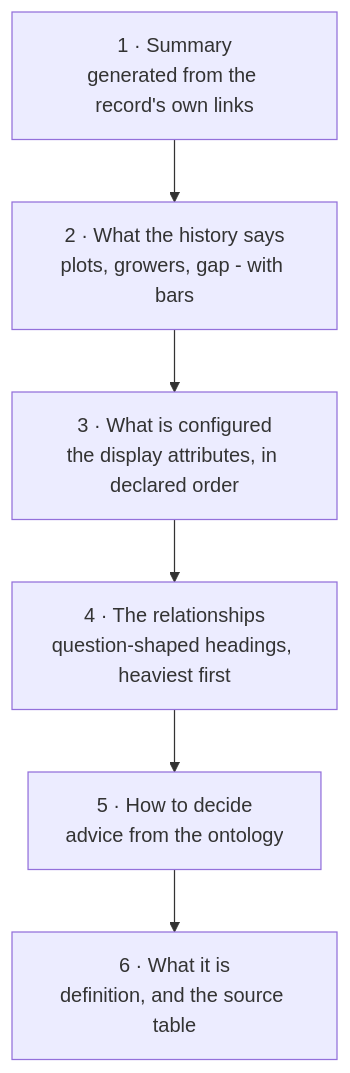
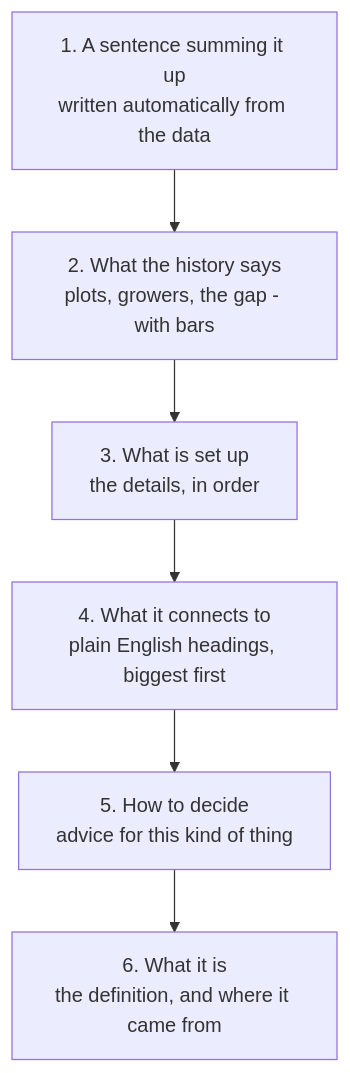
The ninth of 10 diagrams in docs/HOW-IT-WORKS.md (Prakhar-30/cropin-knowledge-graph), drawn with Mermaid before and after one commit. The commit also changed other lines of this file and 21 other files, not shown here.

````diff
--- a/docs/HOW-IT-WORKS.md
+++ b/docs/HOW-IT-WORKS.md
@@ -673,8 +729,8 @@
 ```mermaid
 flowchart TD
-  A["1 · Summary<br/>generated from the record's own links"] --> B["2 · What the history says<br/>plots, growers, gap - with bars"]
-  B --> C["3 · What is configured<br/>the display attributes, in declared order"]
-  C --> D["4 · The relationships<br/>question-shaped headings, heaviest first"]
-  D --> E["5 · How to decide<br/>advice from the ontology"]
-  E --> F["6 · What it is<br/>definition, and the source table"]
+  A["1. A sentence summing it up<br/>written automatically from the data"] --> B["2. What the history says<br/>plots, growers, the gap - with bars"]
+  B --> C["3. What is set up<br/>the details, in order"]
+  C --> D["4. What it connects to<br/>plain English headings, biggest first"]
+  D --> E["5. How to decide<br/>advice for this kind of thing"]
+  E --> F["6. What it is<br/>the definition, and where it came from"]
 ```
````
